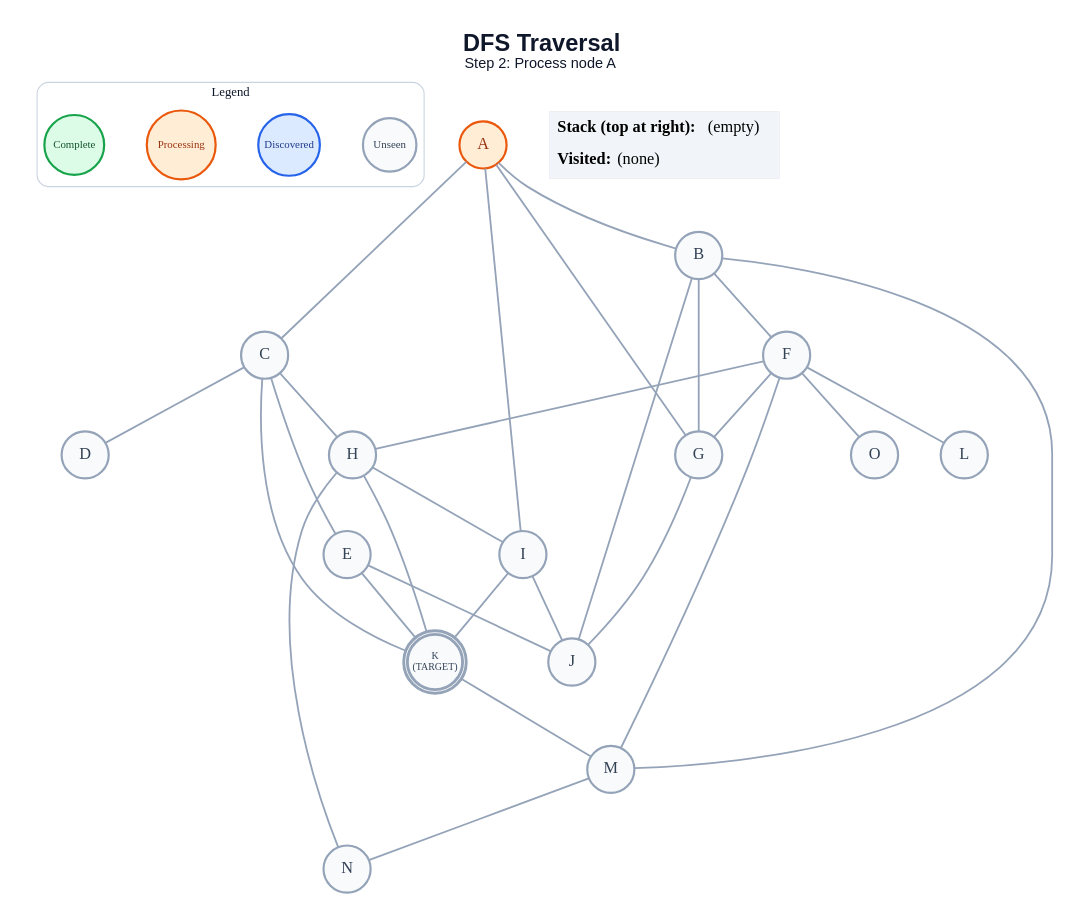
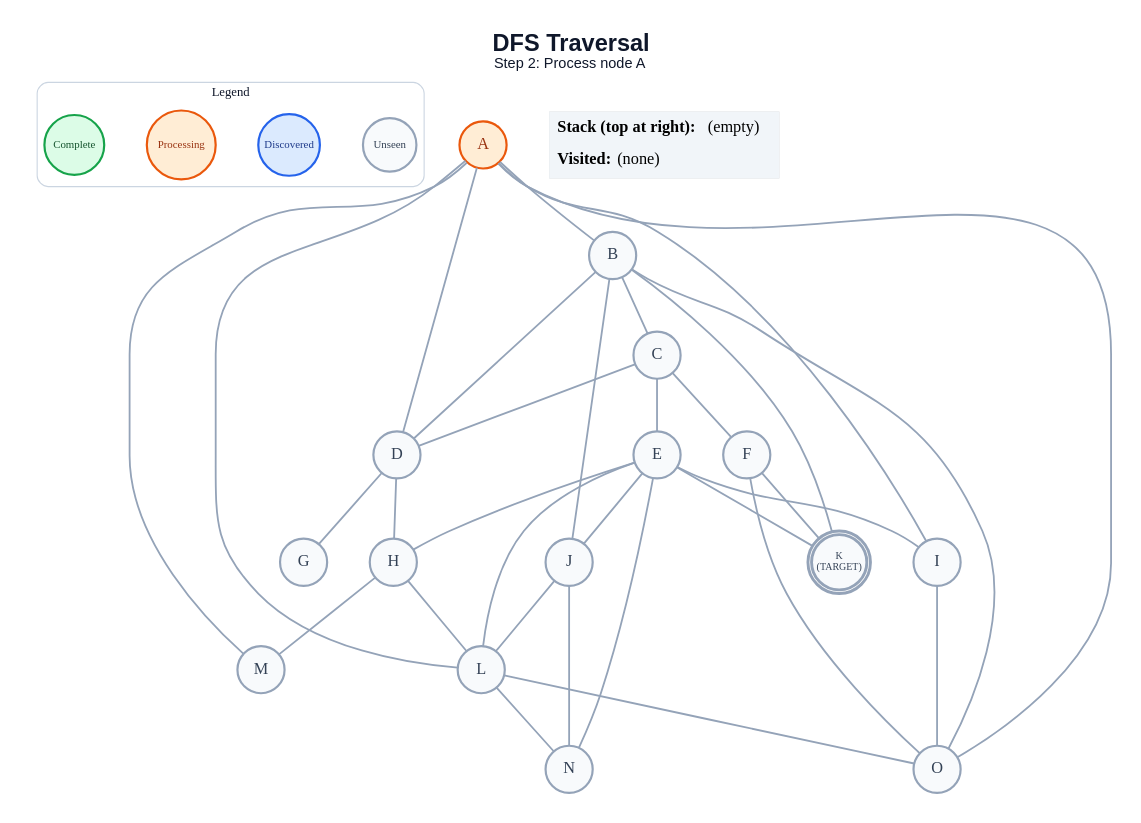
The diagram in generated/dfs/step_02.dot (anon7238593-create/ai-slop), drawn with Graphviz before and after one commit. The commit also changed 223 other files, not shown here.

```diff
--- a/generated/dfs/step_02.dot
+++ b/generated/dfs/step_02.dot
@@ -1,61 +1,65 @@
 graph traversal {
   graph [layout=dot, rankdir=TB, bgcolor="#FFFFFF", pad="0.35", nodesep="0.65", ranksep="0.8", fontname="Arial"];
   node [shape=circle, style="filled", fontname="Arial Bold", fontsize=18, width=0.72, fixedsize=true, penwidth=2.4];
   edge [color="#94A3B8", penwidth=2.0];
   label=<<B>DFS Traversal</B><BR/><FONT POINT-SIZE="16">Step 2: Process node A</FONT>>; labelloc="t"; fontsize=26; fontname="Arial"; fontcolor="#0F172A";
   subgraph cluster_legend { label="Legend"; color="#CBD5E1"; penwidth=1.2; style="rounded"; fontsize=14; fontname="Arial Bold";
     key_unseen [label="Unseen", fillcolor="#F8FAFC", color="#94A3B8", fontcolor="#334155", fontsize=12, width=0.82];
     key_frontier [label="Discovered", fillcolor="#DBEAFE", color="#2563EB", fontcolor="#1E3A8A", fontsize=12, width=0.95];
     key_current [label="Processing", fillcolor="#FFEDD5", color="#EA580C", fontcolor="#9A3412", fontsize=12, width=1.05];
     key_done [label="Complete", fillcolor="#DCFCE7", color="#16A34A", fontcolor="#14532D", fontsize=12, width=0.92];
     { rank=same; key_unseen; key_frontier; key_current; key_done; }
   }
   A [label="A", fillcolor="#FFEDD5", color="#EA580C", fontcolor="#9A3412", peripheries=1, penwidth=2.4];
   B [label="B", fillcolor="#F8FAFC", color="#94A3B8", fontcolor="#334155", peripheries=1, penwidth=2.4];
   C [label="C", fillcolor="#F8FAFC", color="#94A3B8", fontcolor="#334155", peripheries=1, penwidth=2.4];
   D [label="D", fillcolor="#F8FAFC", color="#94A3B8", fontcolor="#334155", peripheries=1, penwidth=2.4];
   E [label="E", fillcolor="#F8FAFC", color="#94A3B8", fontcolor="#334155", peripheries=1, penwidth=2.4];
   F [label="F", fillcolor="#F8FAFC", color="#94A3B8", fontcolor="#334155", peripheries=1, penwidth=2.4];
   G [label="G", fillcolor="#F8FAFC", color="#94A3B8", fontcolor="#334155", peripheries=1, penwidth=2.4];
   H [label="H", fillcolor="#F8FAFC", color="#94A3B8", fontcolor="#334155", peripheries=1, penwidth=2.4];
   I [label="I", fillcolor="#F8FAFC", color="#94A3B8", fontcolor="#334155", peripheries=1, penwidth=2.4];
   J [label="J", fillcolor="#F8FAFC", color="#94A3B8", fontcolor="#334155", peripheries=1, penwidth=2.4];
   K [label="K\n(TARGET)", fillcolor="#F8FAFC", color="#94A3B8", fontcolor="#334155", peripheries=2, penwidth=3.2, fontsize=11, width=0.85, height=0.85];
   L [label="L", fillcolor="#F8FAFC", color="#94A3B8", fontcolor="#334155", peripheries=1, penwidth=2.4];
   M [label="M", fillcolor="#F8FAFC", color="#94A3B8", fontcolor="#334155", peripheries=1, penwidth=2.4];
   N [label="N", fillcolor="#F8FAFC", color="#94A3B8", fontcolor="#334155", peripheries=1, penwidth=2.4];
   O [label="O", fillcolor="#F8FAFC", color="#94A3B8", fontcolor="#334155", peripheries=1, penwidth=2.4];
   A -- B;
-  A -- C;
-  A -- G;
+  A -- D;
   A -- I;
-  B -- F;
-  B -- G;
+  A -- L;
+  A -- M;
+  A -- O;
+  B -- C;
+  B -- D;
   B -- J;
-  B -- M;
+  B -- K;
+  B -- O;
   C -- D;
   C -- E;
-  C -- H;
-  C -- K;
+  C -- F;
+  D -- G;
+  D -- H;
+  E -- H;
+  E -- I;
   E -- J;
   E -- K;
-  F -- G;
-  F -- H;
-  F -- L;
-  F -- M;
+  E -- L;
+  E -- N;
+  F -- K;
   F -- O;
-  G -- J;
-  H -- I;
-  H -- K;
-  H -- N;
-  I -- J;
-  I -- K;
-  K -- M;
-  M -- N;
+  H -- L;
+  H -- M;
+  I -- O;
+  J -- L;
+  J -- N;
+  L -- N;
+  L -- O;
   status [shape=plain, fixedsize=false, width=0, height=0, margin=0, label=<
     <TABLE BORDER="0" CELLBORDER="0" CELLPADDING="7" BGCOLOR="#F1F5F9">
       <TR><TD ALIGN="LEFT"><B>Stack (top at right):</B> (empty)</TD></TR>
       <TR><TD ALIGN="LEFT"><B>Visited:</B> (none)</TD></TR>
     </TABLE>
   >];
 }
```
